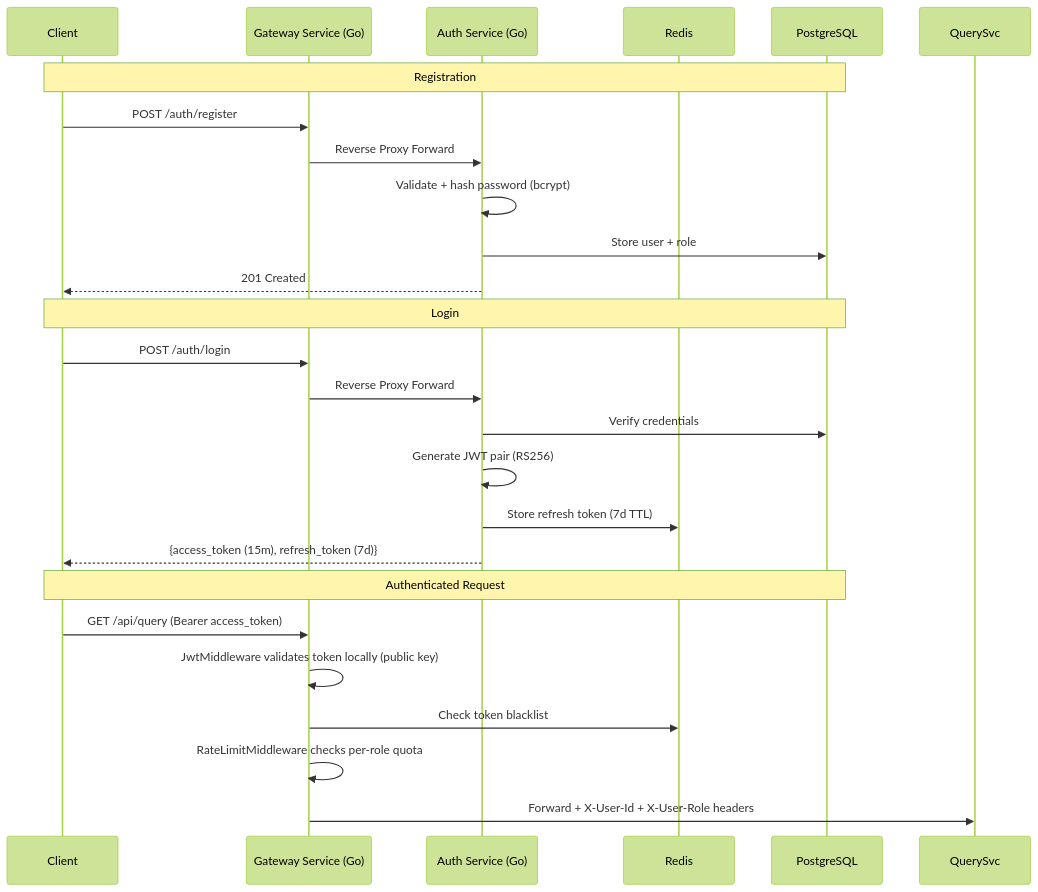
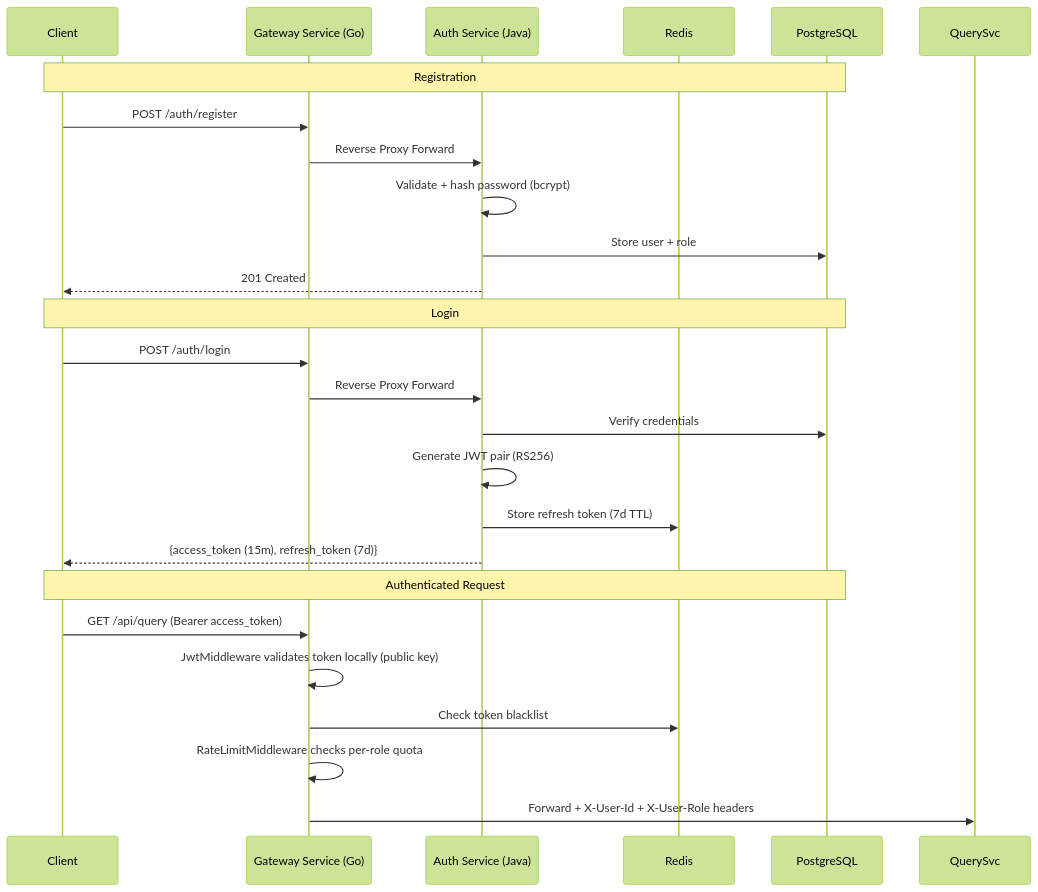
Before and after one commit to Polar-ORG0/Mishkat-Plan: the second of 5 diagrams in src/assets/mishkat_final_blueprint_part1.md, drawn with Mermaid (forest theme). The commit also changed other lines of this file and 6 other files, not shown here.

````diff
--- a/src/assets/mishkat_final_blueprint_part1.md
+++ b/src/assets/mishkat_final_blueprint_part1.md
@@ -176,30 +176,30 @@
 ```mermaid
 sequenceDiagram
     participant Client
     participant GW as Gateway Service (Go)
-    participant Auth as Auth Service (Go)
+    participant Auth as Auth Service (Java)
     participant Redis
     participant PG as PostgreSQL
 
     Note over Client,PG: Registration
     Client->>GW: POST /auth/register
     GW->>Auth: Reverse Proxy Forward
     Auth->>Auth: Validate + hash password (bcrypt)
     Auth->>PG: Store user + role
     Auth-->>Client: 201 Created
 
     Note over Client,PG: Login
     Client->>GW: POST /auth/login
     GW->>Auth: Reverse Proxy Forward
     Auth->>PG: Verify credentials
     Auth->>Auth: Generate JWT pair (RS256)
     Auth->>Redis: Store refresh token (7d TTL)
     Auth-->>Client: {access_token (15m), refresh_token (7d)}
 
     Note over Client,PG: Authenticated Request
     Client->>GW: GET /api/query (Bearer access_token)
     GW->>GW: JwtMiddleware validates token locally (public key)
     GW->>Redis: Check token blacklist
     GW->>GW: RateLimitMiddleware checks per-role quota
     GW->>QuerySvc: Forward + X-User-Id + X-User-Role headers
 ```
````
